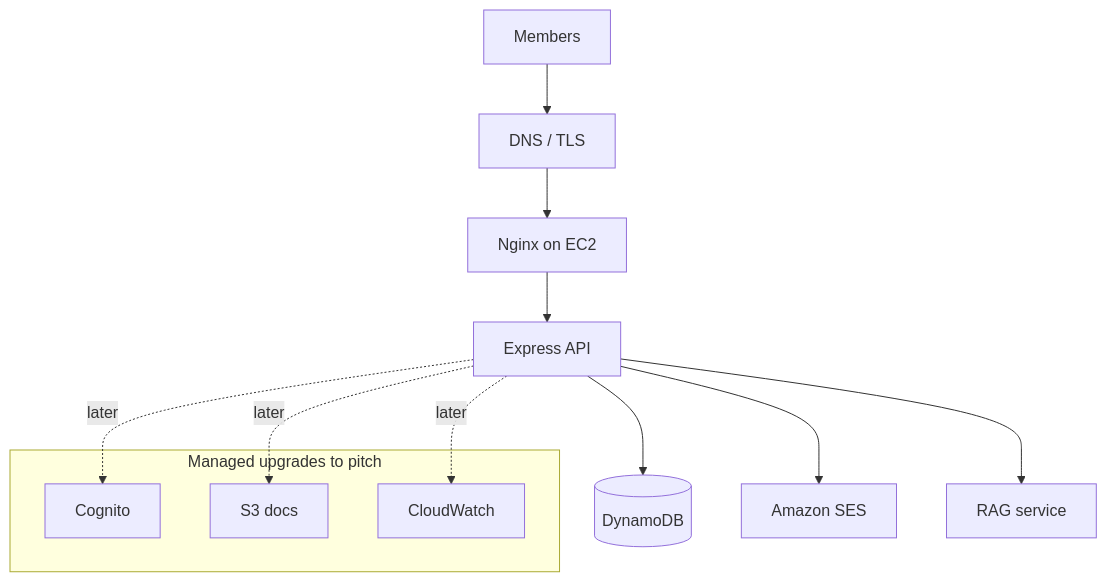
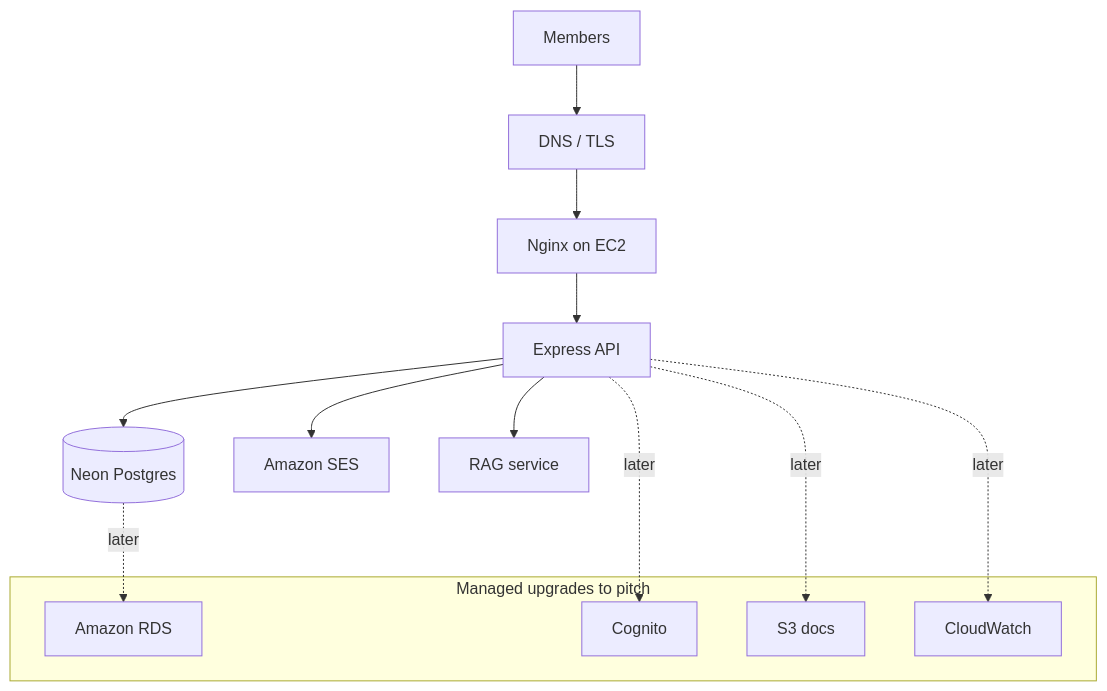
The diagram in content/tracks/backend-from-zero/lessons/29-aws-pitch.md (sreecharan-desu/hackx-slides), drawn with Mermaid before and after one commit. The commit also changed other lines of this file and 38 other files, not shown here.

````diff
--- a/content/tracks/backend-from-zero/lessons/29-aws-pitch.md
+++ b/content/tracks/backend-from-zero/lessons/29-aws-pitch.md
@@ -8,19 +10,21 @@
 ```mermaid
 flowchart TB
   U[Members] --> EDGE[DNS / TLS]
   EDGE --> NGX[Nginx on EC2]
   NGX --> API[Express API]
-  API --> DDB[(DynamoDB)]
+  API --> NEON[(Neon Postgres)]
   API --> SES[Amazon SES]
   API --> RAG[RAG service]
 
   subgraph pitch [Managed upgrades to pitch]
+    RDS[Amazon RDS]
     COG[Cognito]
     S3[S3 docs]
     CW[CloudWatch]
   end
 
+  NEON -. later .-> RDS
   API -. later .-> COG
   API -. later .-> S3
   API -. later .-> CW
 ```
````
